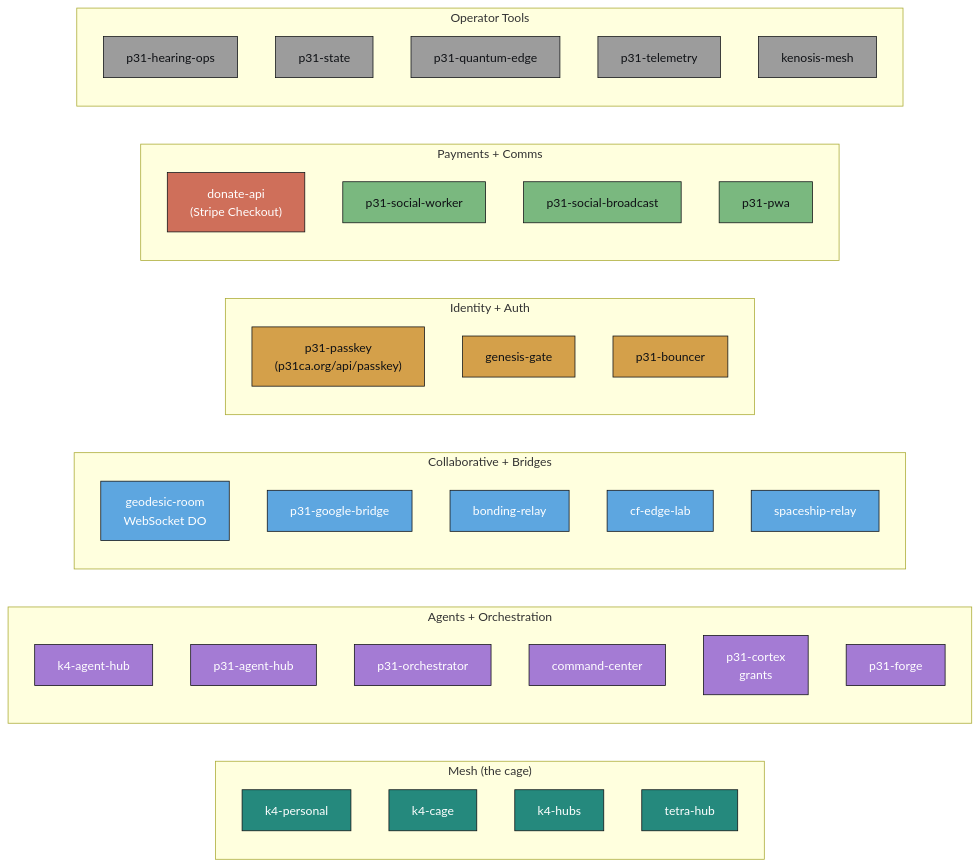
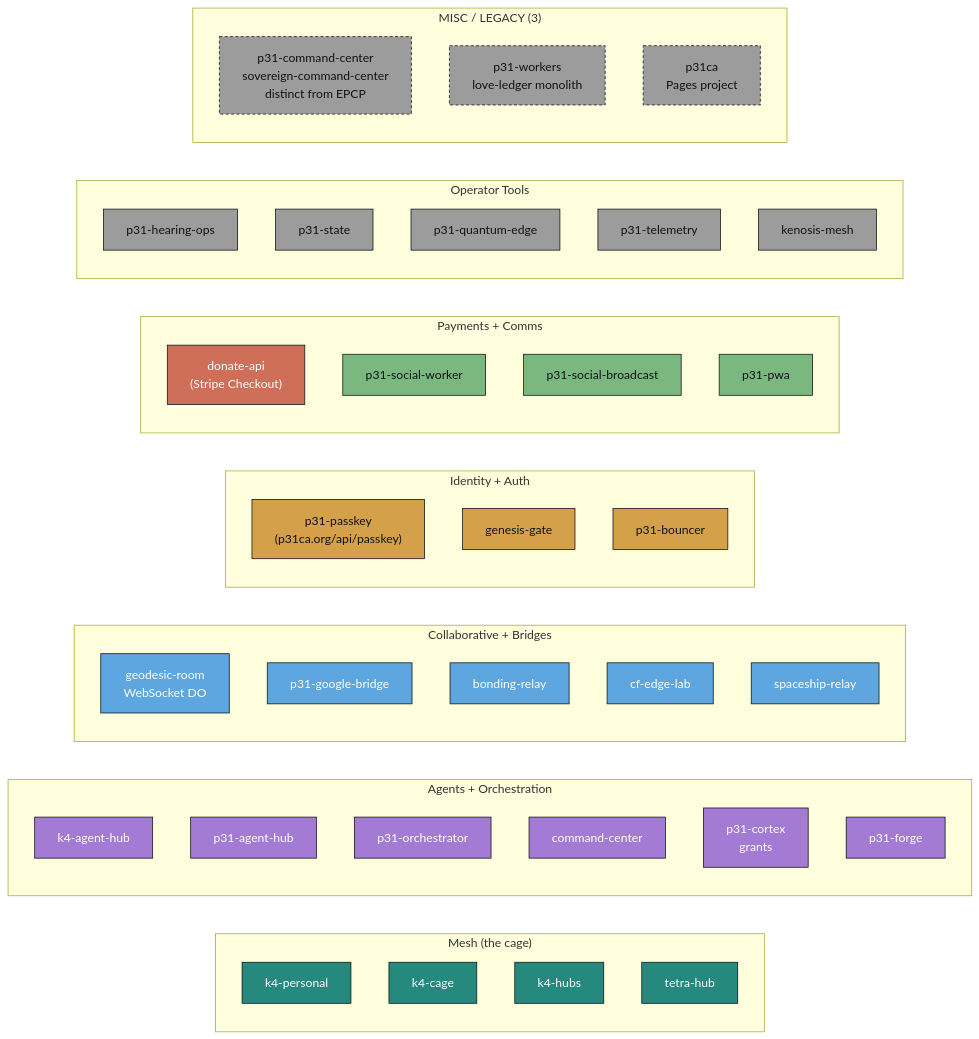
The third of 9 diagrams in docs/P31-WIRING-DIAGRAM.md (p31labs/bonding-soup), drawn with Mermaid before and after one commit. The commit also changed other lines of this file and 8 other files, not shown here.

````diff
--- a/docs/P31-WIRING-DIAGRAM.md
+++ b/docs/P31-WIRING-DIAGRAM.md
@@ -252,55 +254,62 @@
 ```mermaid
 graph LR
   subgraph "Mesh (the cage)"
     K4P[k4-personal]:::w_mesh
     K4C[k4-cage]:::w_mesh
     K4H[k4-hubs]:::w_mesh
     TH[tetra-hub]:::w_mesh
   end
 
   subgraph "Agents + Orchestration"
     K4A[k4-agent-hub]:::w_agent
     P31A[p31-agent-hub]:::w_agent
     ORCH[p31-orchestrator]:::w_agent
     CC[command-center]:::w_agent
     CTX[p31-cortex<br/>grants]:::w_agent
     FORGE[p31-forge]:::w_agent
   end
 
   subgraph "Collaborative + Bridges"
     GR[geodesic-room<br/>WebSocket DO]:::w_svc
     GB[p31-google-bridge]:::w_svc
     BR[bonding-relay]:::w_svc
     EL[cf-edge-lab]:::w_svc
     SS[spaceship-relay]:::w_svc
   end
 
   subgraph "Identity + Auth"
     PK["p31-passkey<br/>(p31ca.org/api/passkey)"]:::w_auth
     GG[genesis-gate]:::w_auth
     BOUNCE[p31-bouncer]:::w_auth
   end
 
   subgraph "Payments + Comms"
     DA["donate-api<br/>(Stripe Checkout)"]:::w_pay
     SOC[p31-social-worker]:::w_comm
     BCAST[p31-social-broadcast]:::w_comm
     PWA[p31-pwa]:::w_comm
   end
 
   subgraph "Operator Tools"
     HO[p31-hearing-ops]:::w_op
     STATE[p31-state]:::w_op
     QE[p31-quantum-edge]:::w_op
     TM[p31-telemetry]:::w_op
     KEN[kenosis-mesh]:::w_op
   end
 
+  subgraph "MISC / LEGACY (3)"
+    PCC[p31-command-center<br/>sovereign-command-center<br/>distinct from EPCP]:::w_misc
+    PWK[p31-workers<br/>love-ledger monolith]:::w_misc
+    P31CA[p31ca<br/>Pages project]:::w_misc
+  end
+
   classDef w_mesh fill:#25897d,stroke:#0f1115,color:#fff
   classDef w_agent fill:#a47bd4,stroke:#0f1115,color:#fff
   classDef w_svc fill:#5da6e0,stroke:#0f1115,color:#fff
   classDef w_auth fill:#d4a04a,stroke:#0f1115,color:#0f1115
   classDef w_pay fill:#cf6f5a,stroke:#0f1115,color:#fff
   classDef w_comm fill:#7ab87f,stroke:#0f1115,color:#0f1115
   classDef w_op fill:#9c9c9c,stroke:#0f1115,color:#0f1115
+  classDef w_misc fill:#9c9c9c,stroke:#0f1115,color:#0f1115,stroke-dasharray:4 3
 ```
````
